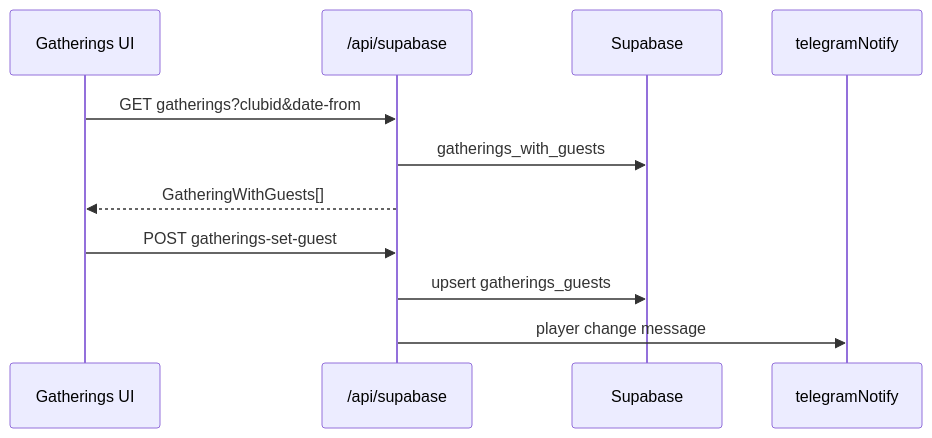
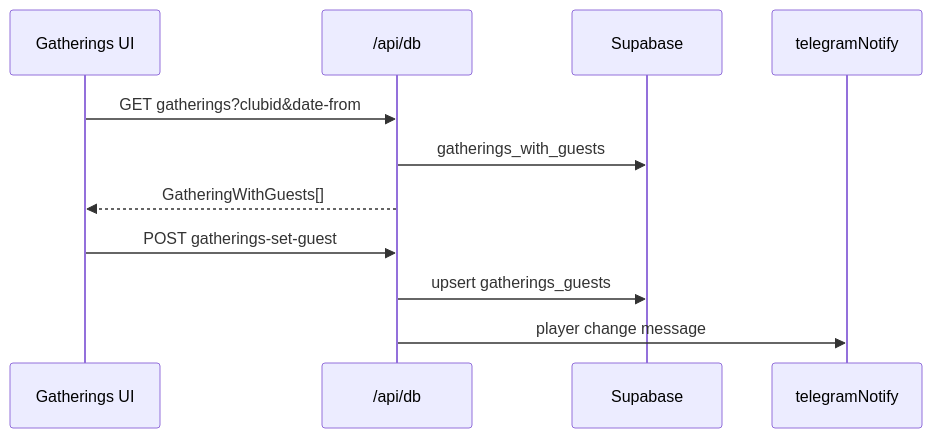
The diagram in docs/features/gatherings.md (Tirvy/cartonium), drawn with Mermaid before and after one commit. The commit also changed other lines of this file and 103 other files, not shown here.

````diff
--- a/docs/features/gatherings.md
+++ b/docs/features/gatherings.md
@@ -25,13 +25,13 @@
 ```mermaid
 sequenceDiagram
   participant UI as Gatherings UI
-  participant API as /api/supabase
+  participant API as /api/db
   participant DB as Supabase
   participant TG as telegramNotify
   UI->>API: GET gatherings?clubid&date-from
   API->>DB: gatherings_with_guests
   API-->>UI: GatheringWithGuests[]
   UI->>API: POST gatherings-set-guest
   API->>DB: upsert gatherings_guests
   API->>TG: player change message
 ```
````
